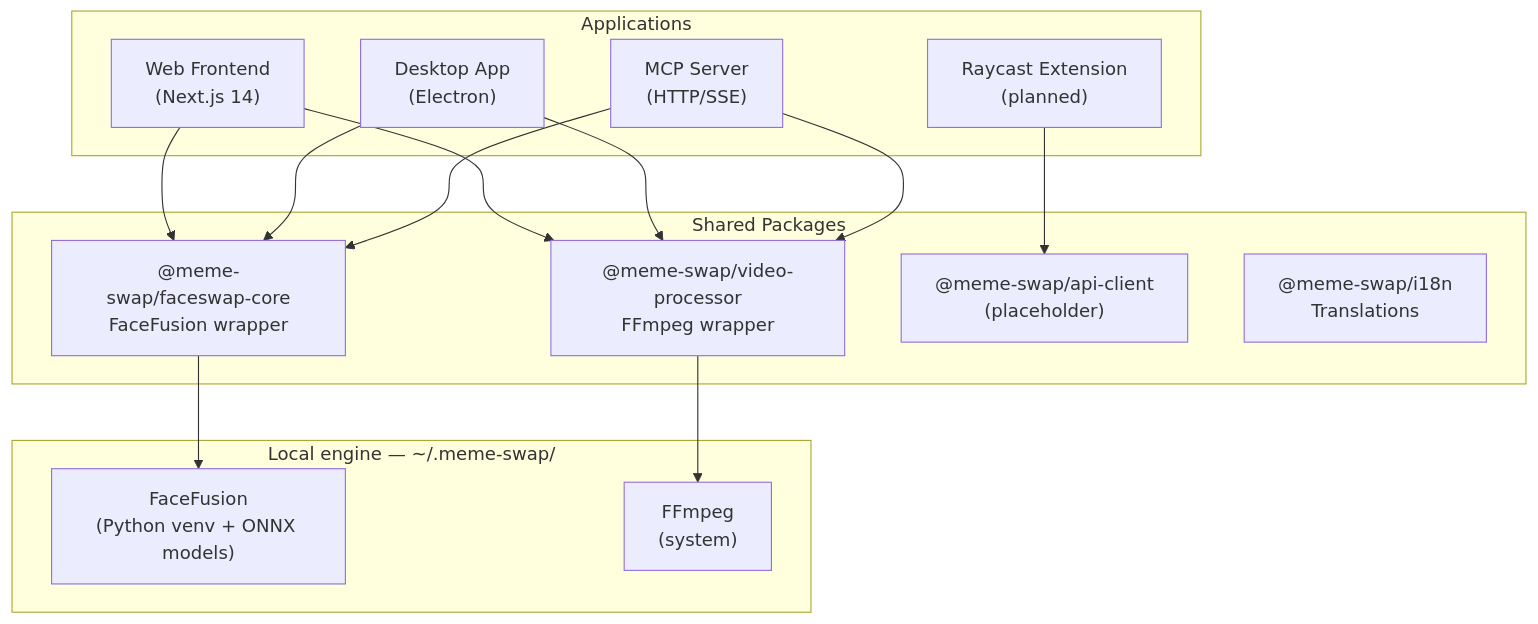
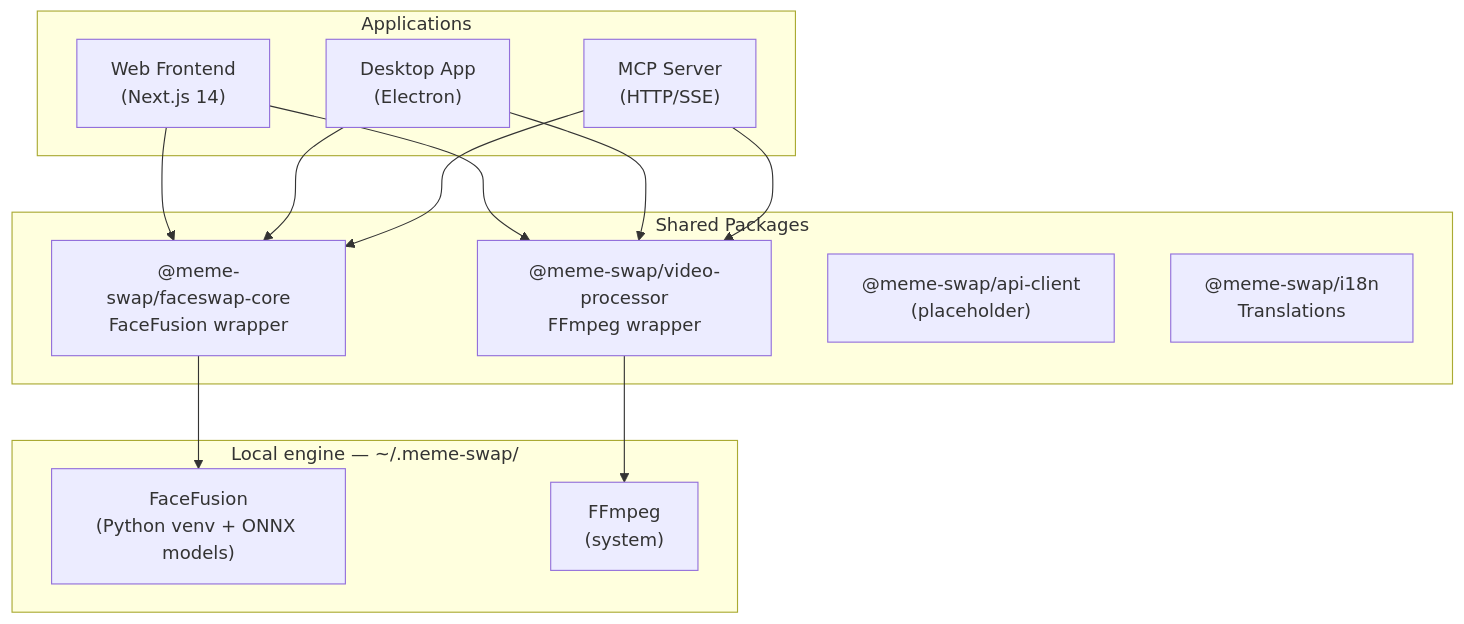
Before and after one commit to Tlahey/meme-swap: the first of 2 diagrams in README.md, drawn with Mermaid. The commit also changed other lines of this file and 9 other files, not shown here.

First line of the commit message:
chore: remove the empty Raycast extension placeholder

````diff
--- a/README.md
+++ b/README.md
@@ -84,32 +83,30 @@
 ```mermaid
 graph TB
     subgraph "Applications"
         FE["Web Frontend\n(Next.js 14)"]
         DE["Desktop App\n(Electron)"]
         MCP["MCP Server\n(HTTP/SSE)"]
-        RE["Raycast Extension\n(planned)"]
     end
 
     subgraph "Shared Packages"
         FC["@meme-swap/faceswap-core\nFaceFusion wrapper"]
         VP["@meme-swap/video-processor\nFFmpeg wrapper"]
         AC["@meme-swap/api-client\n(placeholder)"]
         I18N["@meme-swap/i18n\nTranslations"]
     end
 
     subgraph "Local engine — ~/.meme-swap/"
         FF["FaceFusion\n(Python venv + ONNX models)"]
         FFMPEG["FFmpeg\n(system)"]
     end
 
     FE --> FC
     FE --> VP
     DE --> FC
     DE --> VP
     MCP --> FC
     MCP --> VP
-    RE --> AC
 
     FC --> FF
     VP --> FFMPEG
 ```
````
